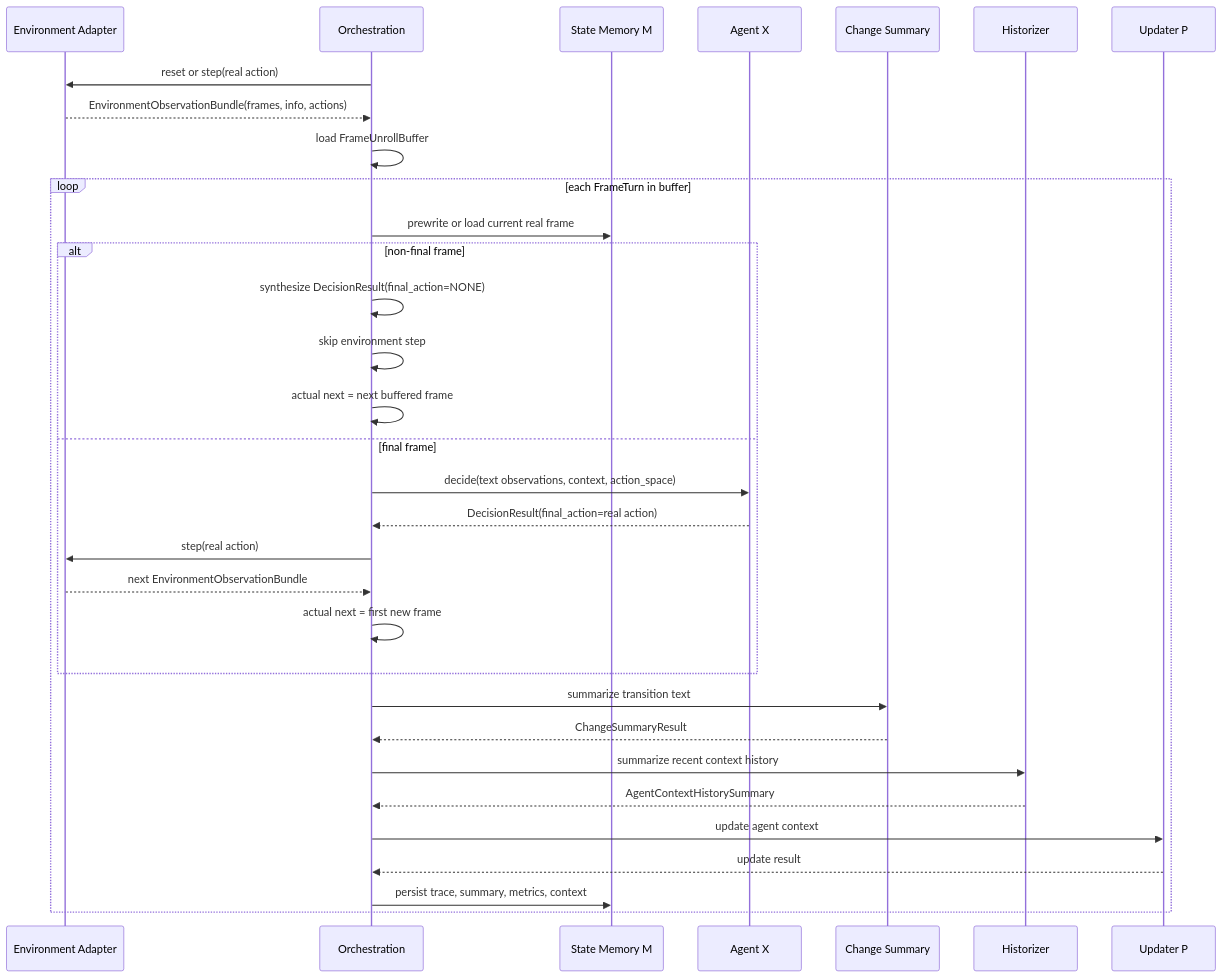
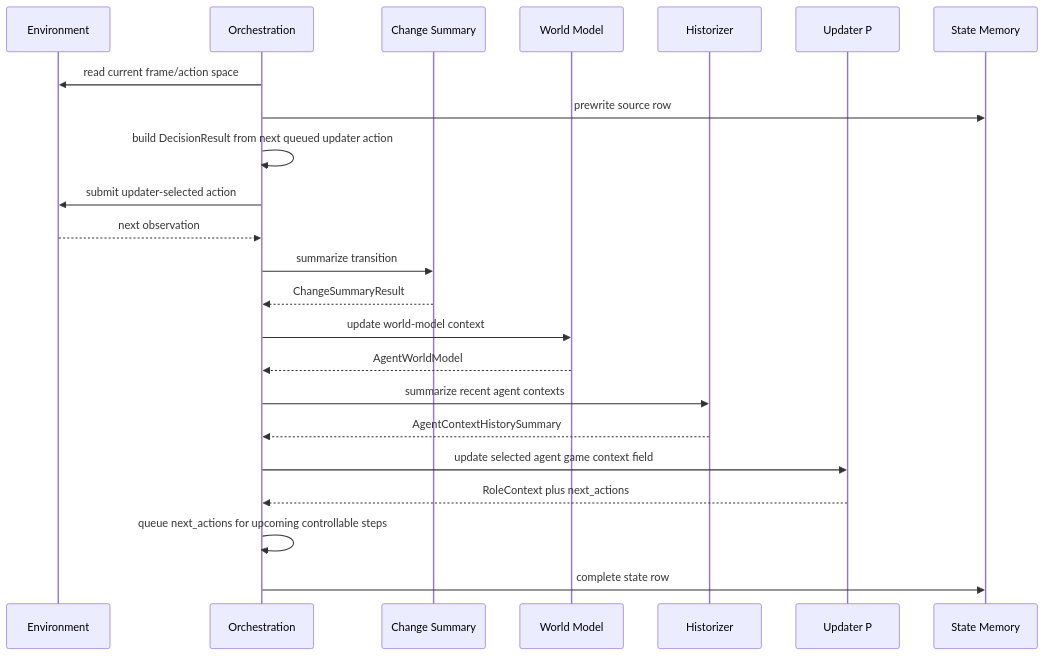
One commit to cocomette/artificial-agency changed the diagram in doc/architecture/software/orchestration/game_loop/diagrams.md. Above: the diagram before and after it, drawn with Mermaid. The commit also changed other lines of this file and 263 other files, not shown here.

````diff
--- a/doc/architecture/software/orchestration/game_loop/diagrams.md
+++ b/doc/architecture/software/orchestration/game_loop/diagrams.md
@@ -34,38 +3,26 @@
 ```mermaid
 sequenceDiagram
-    participant Env as Environment Adapter
+    participant Env as Environment
     participant Orch as Orchestration
-    participant M as State Memory M
-    participant X as Agent X
     participant C as Change Summary
+    participant W as World Model
     participant H as Historizer
     participant P as Updater P
+    participant M as State Memory
 
-    Orch->>Env: reset or step(real action)
-    Env-->>Orch: EnvironmentObservationBundle(frames, info, actions)
-    Orch->>Orch: load FrameUnrollBuffer
-
-    loop each FrameTurn in buffer
-        Orch->>M: prewrite or load current real frame
-
-        alt non-final frame
-            Orch->>Orch: synthesize DecisionResult(final_action=NONE)
-            Orch->>Orch: skip environment step
-            Orch->>Orch: actual next = next buffered frame
-        else final frame
-            Orch->>X: decide(text observations, context, action_space)
-            X-->>Orch: DecisionResult(final_action=real action)
-            Orch->>Env: step(real action)
-            Env-->>Orch: next EnvironmentObservationBundle
-            Orch->>Orch: actual next = first new frame
-        end
-
-        Orch->>C: summarize transition text
-        C-->>Orch: ChangeSummaryResult
-        Orch->>H: summarize recent context history
-        H-->>Orch: AgentContextHistorySummary
-        Orch->>P: update agent context
-        P-->>Orch: update result
-        Orch->>M: persist trace, summary, metrics, context
-    end
+    Orch->>Env: read current frame/action space
+    Orch->>M: prewrite source row
+    Orch->>Orch: build DecisionResult from next queued updater action
+    Orch->>Env: submit updater-selected action
+    Env-->>Orch: next observation
+    Orch->>C: summarize transition
+    C-->>Orch: ChangeSummaryResult
+    Orch->>W: update world-model context
+    W-->>Orch: AgentWorldModel
+    Orch->>H: summarize recent agent contexts
+    H-->>Orch: AgentContextHistorySummary
+    Orch->>P: update selected agent game context field
+    P-->>Orch: RoleContext plus next_actions
+    Orch->>Orch: queue next_actions for upcoming controllable steps
+    Orch->>M: complete state row
 ```
````
